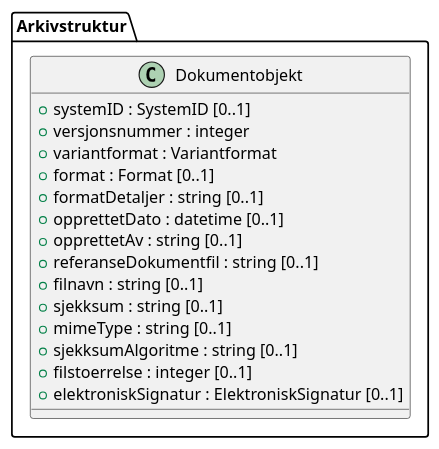
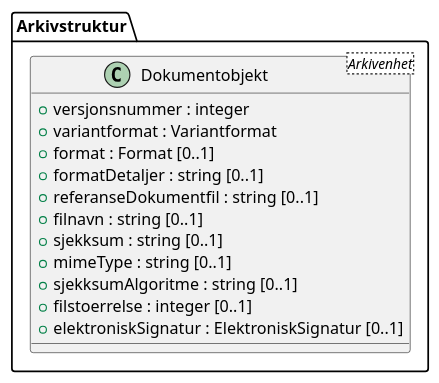
The diagram in kapitler/media/uml-class-dokumentobjekt.iuml (arkivverket/noark5-tjenestegrensesnitt-standard), drawn with PlantUML before and after one commit. The commit also changed 1 other file, not shown here.

Commit message:
La Dokumentobjekt arve fra Arkivenhet
Oppdaterte attributtlisten for Dokumentobjekt og beskriv hvilke
arvede felter som ikke skal avleveres for Noark 5 versjon 4.

Fixes #139

```diff
--- a/kapitler/media/uml-class-dokumentobjekt.iuml
+++ b/kapitler/media/uml-class-dokumentobjekt.iuml
@@ -1,18 +1,15 @@
 @startuml
-class Arkivstruktur.Dokumentobjekt {
-  +systemID : SystemID [0..1]
+class Arkivstruktur.Dokumentobjekt <Arkivenhet> {
   +versjonsnummer : integer
   +variantformat : Variantformat
   +format : Format [0..1]
   +formatDetaljer : string [0..1]
-  +opprettetDato : datetime [0..1]
-  +opprettetAv : string [0..1]
   +referanseDokumentfil : string [0..1]
   +filnavn : string [0..1]
   +sjekksum : string [0..1]
   +mimeType : string [0..1]
   +sjekksumAlgoritme : string [0..1]
   +filstoerrelse : integer [0..1]
   +elektroniskSignatur : ElektroniskSignatur [0..1]
 }
 @enduml
```
